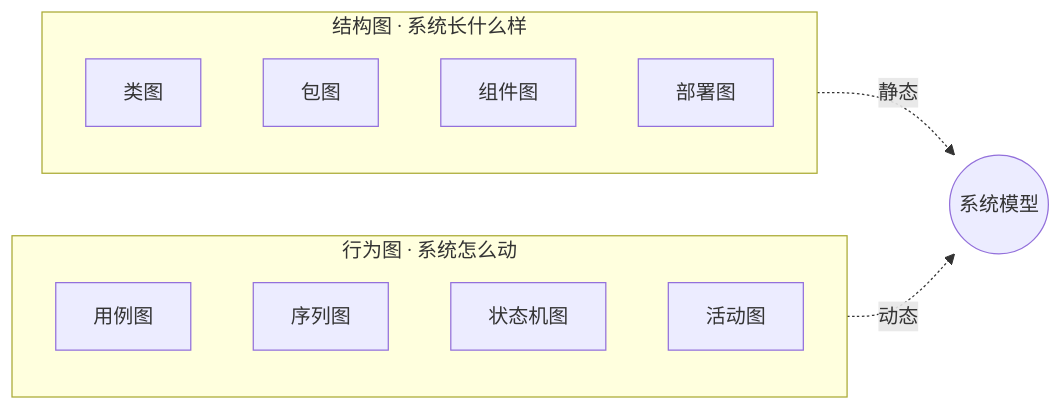
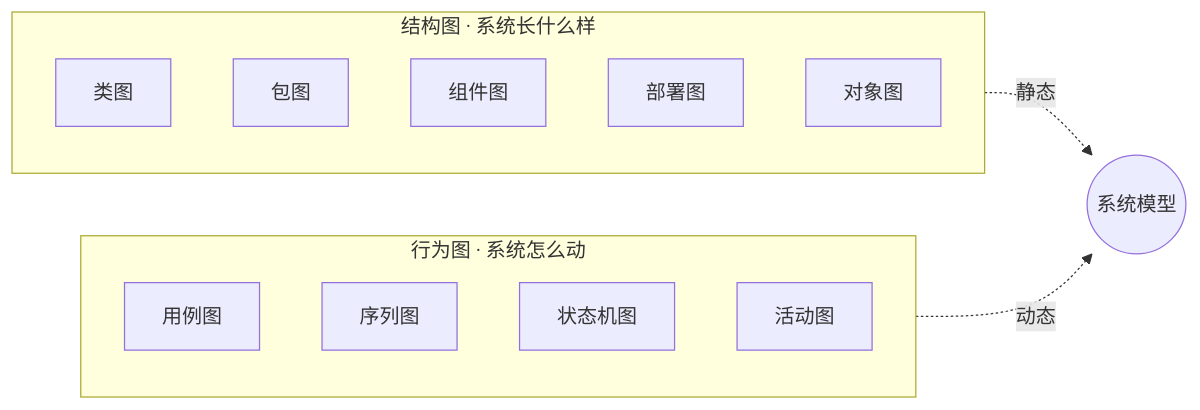
The second of 10 diagrams in public/data/kb-md/quick-uml-learn.md (xiamengquan/sysanalyst-quiz), drawn with Mermaid before and after one commit. The commit also changed other lines of this file and 9 other files, not shown here.

First line of the commit message:
docs(kb): 重编 UML 体系化学习指南，剔除过时信息 (v0.10.20)

````diff
--- a/public/data/kb-md/quick-uml-learn.md
+++ b/public/data/kb-md/quick-uml-learn.md
@@ -48,17 +47,18 @@
 ```mermaid
 flowchart LR
   subgraph S["结构图 · 系统长什么样"]
     C[类图]
     P[包图]
     Cmp[组件图]
     D[部署图]
+    O[对象图]
   end
   subgraph B["行为图 · 系统怎么动"]
     U[用例图]
     Seq[序列图]
     St[状态机图]
     Act[活动图]
   end
   S -.静态.-> Sys((系统模型))
   B -.动态.-> Sys
 ```
````
